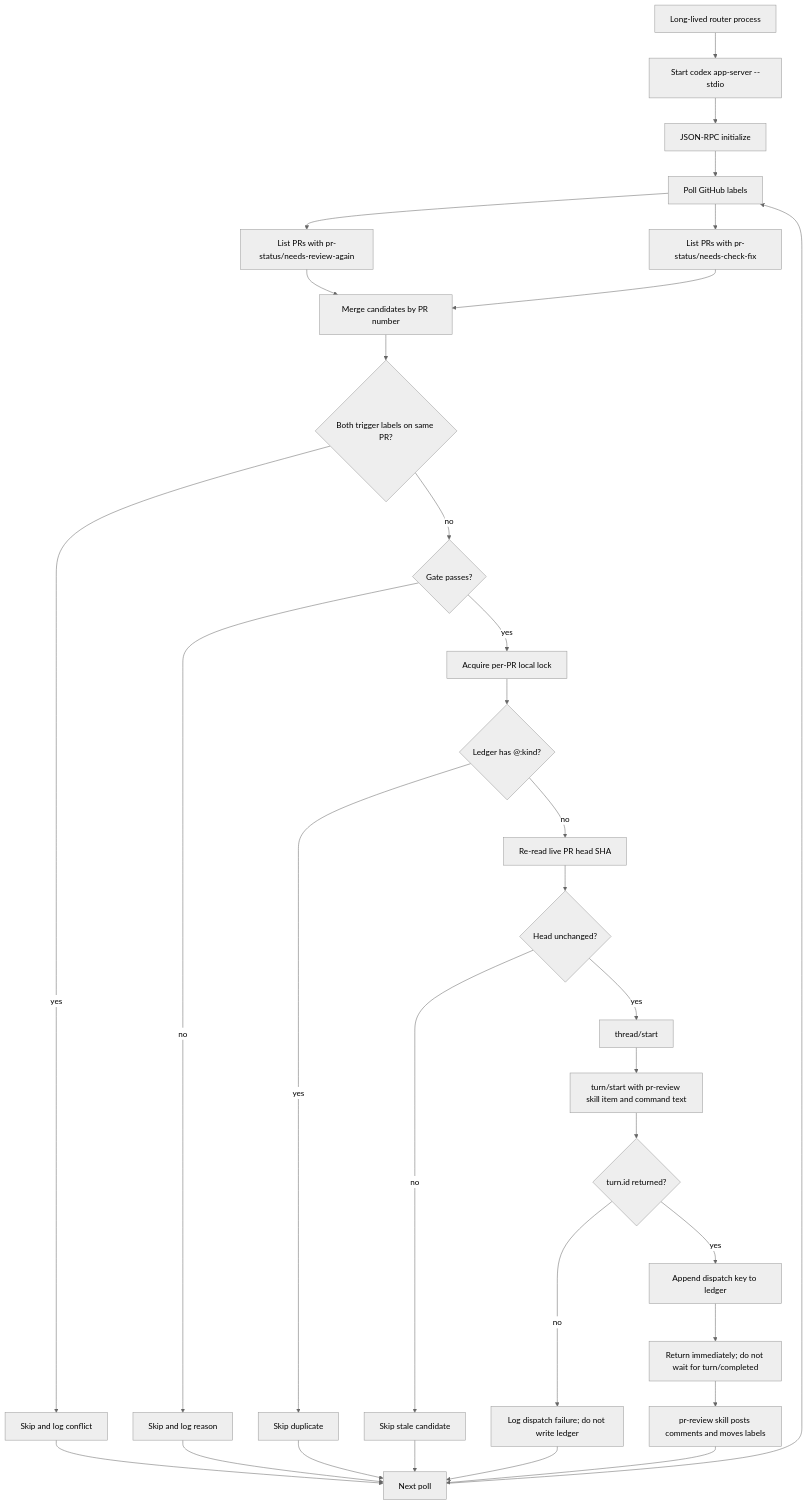
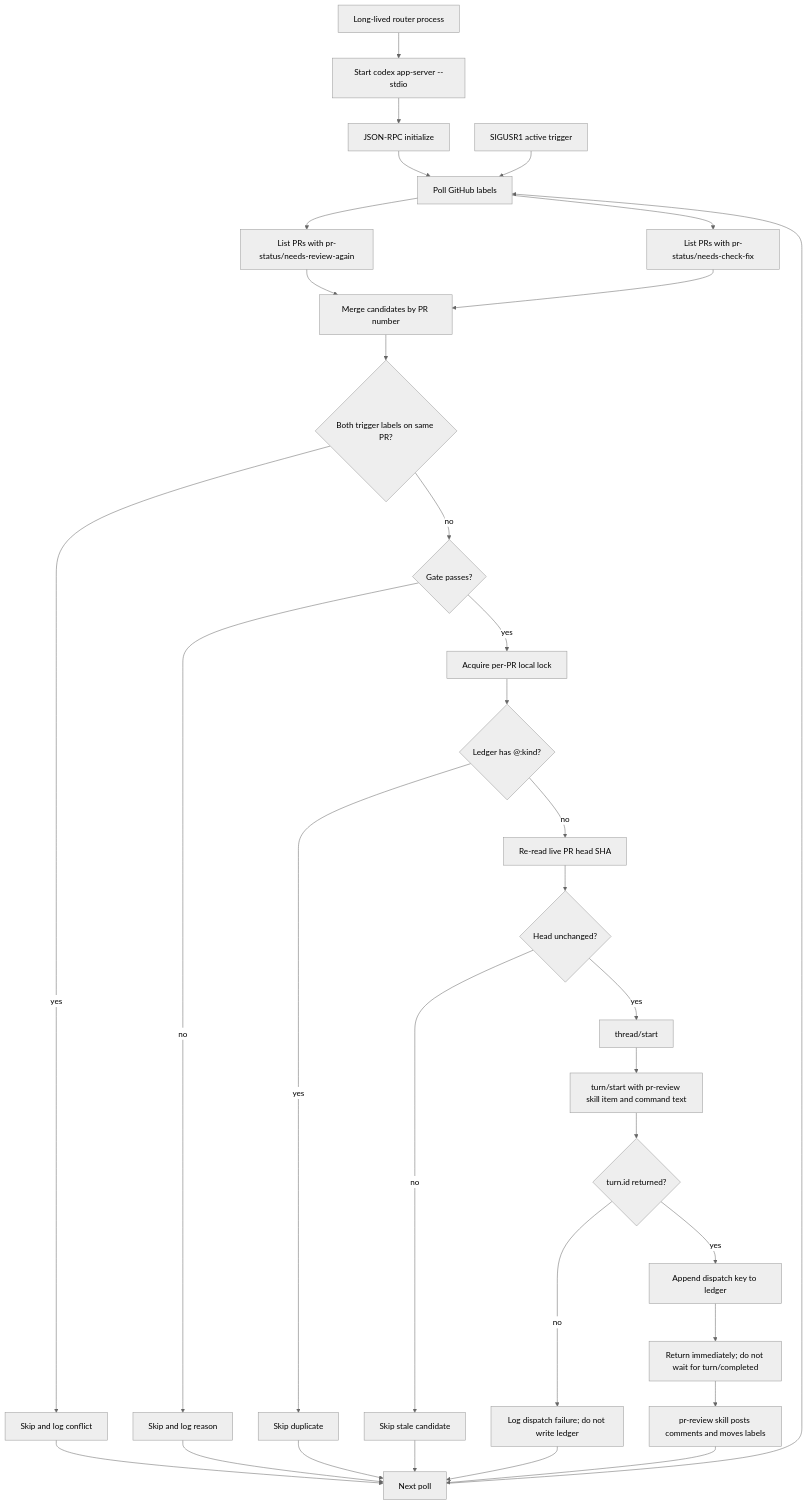
The first of 6 diagrams in hack/automation/codex-pr-app-dispatcher/README.md (ghbvf/gocell), drawn with Mermaid (neutral theme) before and after one commit. The commit also changed other lines of this file and 2 other files, not shown here.

Commit message:
feat(automation): support active dispatcher polling

````diff
--- a/hack/automation/codex-pr-app-dispatcher/README.md
+++ b/hack/automation/codex-pr-app-dispatcher/README.md
@@ -60,34 +94,35 @@
 ```mermaid
 flowchart TD
     A["Long-lived router process"] --> B["Start codex app-server --stdio"]
     B --> C["JSON-RPC initialize"]
     C --> D["Poll GitHub labels"]
     D --> E["List PRs with pr-status/needs-review-again"]
     D --> F["List PRs with pr-status/needs-check-fix"]
     E --> G["Merge candidates by PR number"]
     F --> G
     G --> H{"Both trigger labels on same PR?"}
     H -- "yes" --> H1["Skip and log conflict"]
     H -- "no" --> I{"Gate passes?"}
     I -- "no" --> I1["Skip and log reason"]
     I -- "yes" --> J["Acquire per-PR local lock"]
     J --> K{"Ledger has <PR>@<headSha>:kind?"}
     K -- "yes" --> K1["Skip duplicate"]
     K -- "no" --> L["Re-read live PR head SHA"]
     L --> M{"Head unchanged?"}
     M -- "no" --> M1["Skip stale candidate"]
     M -- "yes" --> N["thread/start"]
     N --> O["turn/start with pr-review skill item and command text"]
     O --> P{"turn.id returned?"}
     P -- "no" --> P1["Log dispatch failure; do not write ledger"]
     P -- "yes" --> Q["Append dispatch key to ledger"]
     Q --> R["Return immediately; do not wait for turn/completed"]
     R --> S["pr-review skill posts comments and moves labels"]
     H1 --> T["Next poll"]
     I1 --> T
     K1 --> T
     M1 --> T
     P1 --> T
     S --> T
+    U["SIGUSR1 active trigger"] --> D
     T --> D
 ```
````
